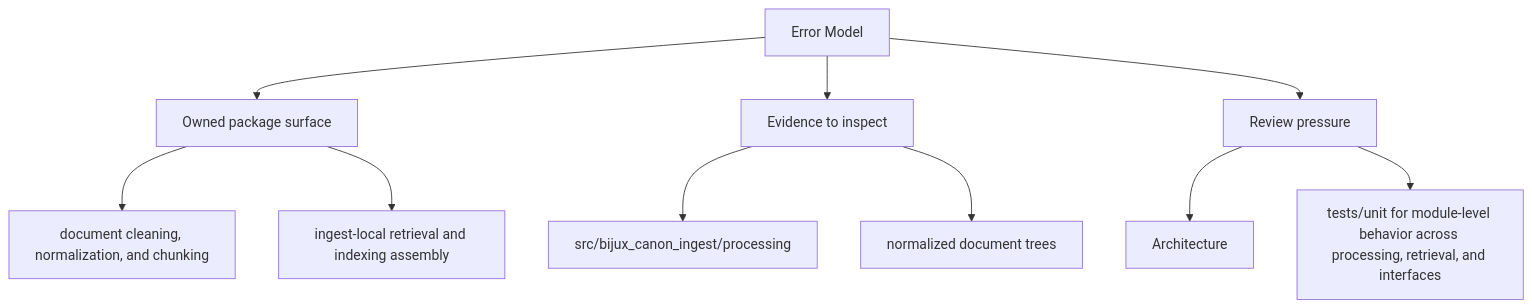
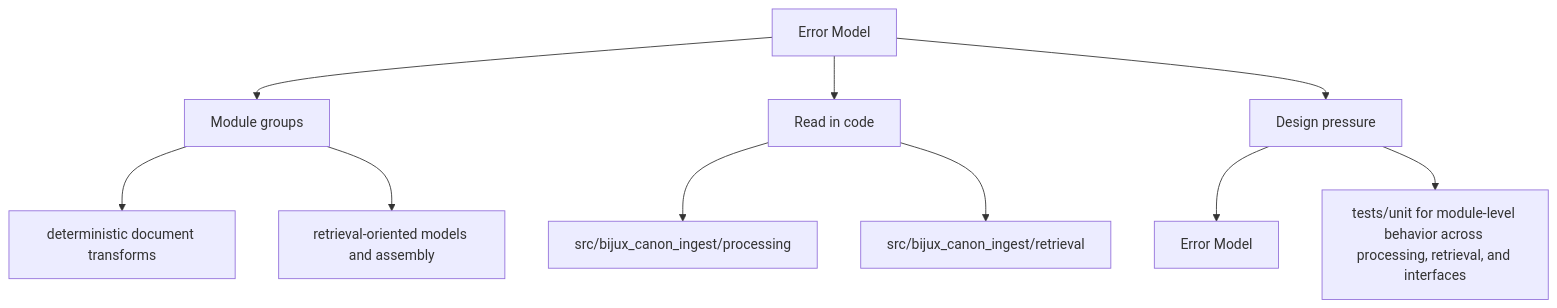
Before and after one commit to bijux/bijux-canon: the second of 2 diagrams in docs/bijux-canon-ingest/architecture/error-model.md, drawn with Mermaid. The commit also changed other lines of this file and 250 other files, not shown here.

Commit message:
docs(diagrams): make product page maps more readable

````diff
--- a/docs/bijux-canon-ingest/architecture/error-model.md
+++ b/docs/bijux-canon-ingest/architecture/error-model.md
@@ -35,22 +35,22 @@
 ```mermaid
 flowchart TD
     page["Error Model"]
-    focus1["Owned package surface"]
+    focus1["Module groups"]
     page --> focus1
-    focus1_1["document cleaning, normalization, and chunking"]
+    focus1_1["deterministic document transforms"]
     focus1 --> focus1_1
-    focus1_2["ingest-local retrieval and indexing assembly"]
+    focus1_2["retrieval-oriented models and assembly"]
     focus1 --> focus1_2
-    focus2["Evidence to inspect"]
+    focus2["Read in code"]
     page --> focus2
     focus2_1["src/bijux_canon_ingest/processing"]
     focus2 --> focus2_1
-    focus2_2["normalized document trees"]
+    focus2_2["src/bijux_canon_ingest/retrieval"]
     focus2 --> focus2_2
-    focus3["Review pressure"]
+    focus3["Design pressure"]
     page --> focus3
-    focus3_1["Architecture"]
+    focus3_1["Error Model"]
     focus3 --> focus3_1
     focus3_2["tests/unit for module-level behavior across processing, retrieval, and interfaces"]
     focus3 --> focus3_2
 ```
````
